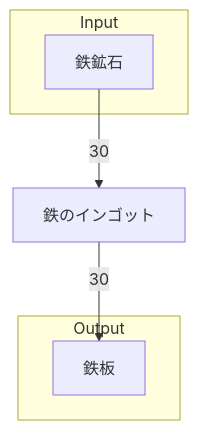
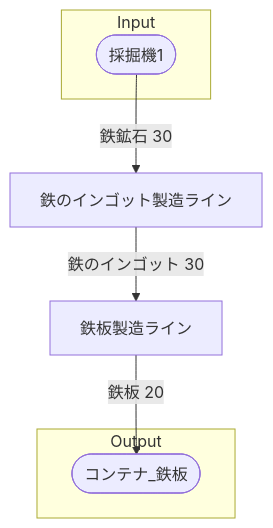
Before and after one commit to Suzuran-Amano/SatisfactoryTaskEfficiency: the diagram in 40_FactoryBuilding/初期一時鉄板工場/30‗概要設計/概要設計_全体製造ライン.md, drawn with Mermaid. The commit also changed other lines of this file and 11 other files, not shown here.

````diff
--- a/40_FactoryBuilding/初期一時鉄板工場/30‗概要設計/概要設計_全体製造ライン.md
+++ b/40_FactoryBuilding/初期一時鉄板工場/30‗概要設計/概要設計_全体製造ライン.md
@@ -5,19 +24,21 @@
 ```mermaid
 flowchart TD
 
 subgraph Input
-    鉄鉱石[鉄鉱石]
+    採掘機1([採掘機1])
 end
 
-鉄のインゴット[鉄のインゴット]
+鉄のインゴット製造ライン[鉄のインゴット製造ライン]
+鉄板製造ライン[鉄板製造ライン]
 
 subgraph Output
-    鉄板[鉄板]
+    コンテナ_鉄板([コンテナ_鉄板])
 end
 
 
-鉄鉱石-->|30|鉄のインゴット
-鉄のインゴット-->|30|鉄板
+採掘機1-->|鉄鉱石 30|鉄のインゴット製造ライン
+鉄のインゴット製造ライン-->|鉄のインゴット 30|鉄板製造ライン
+鉄板製造ライン-->|鉄板 20|コンテナ_鉄板
 
 
 ```
````
